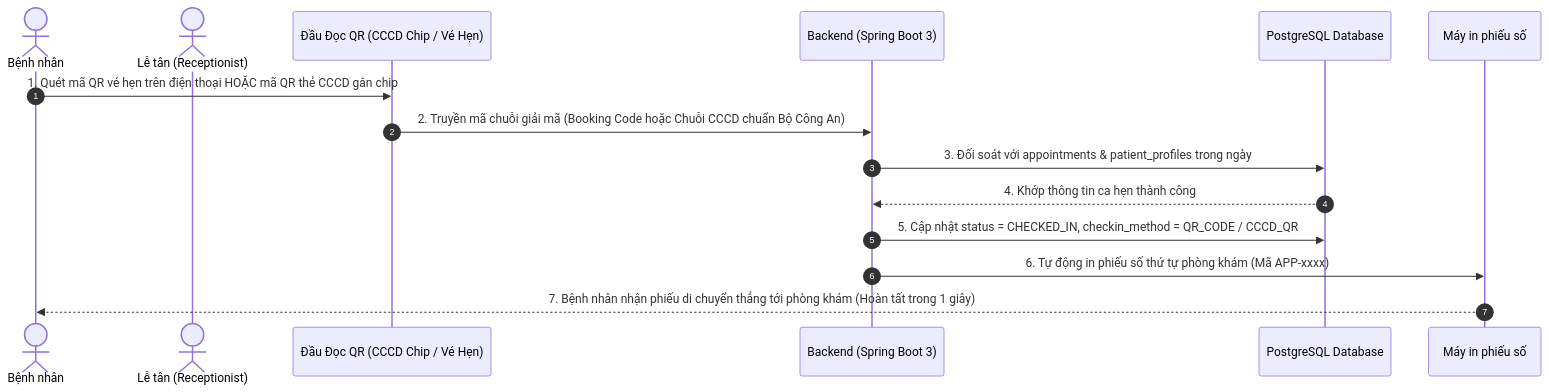
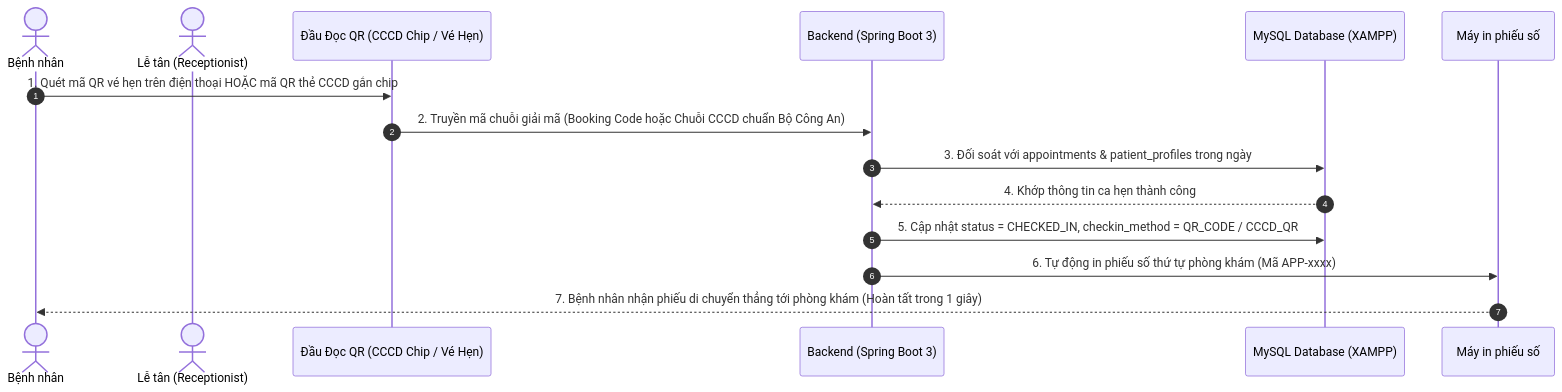
One commit to kietphuchau-create/KeHoach_Js2 changed the second of 3 diagrams in 03_Luong_Chinh/Luong_Nghiep_Vu_Chinh.md. Above: the diagram before and after it, drawn with Mermaid. The commit also changed other lines of this file and 29 other files, not shown here.

First line of the commit message:
Database MedSched 17 bảng - chạy thuần bằng XAMPP

````diff
--- a/03_Luong_Chinh/Luong_Nghiep_Vu_Chinh.md
+++ b/03_Luong_Chinh/Luong_Nghiep_Vu_Chinh.md
@@ -57,18 +57,18 @@
 ```mermaid
 sequenceDiagram
     autonumber
     actor P as Bệnh nhân
     actor R as Lễ tân (Receptionist)
     participant SCN as Đầu Đọc QR (CCCD Chip / Vé Hẹn)
     participant BE as Backend (Spring Boot 3)
-    participant DB as PostgreSQL Database
+    participant DB as MySQL Database (XAMPP)
     participant PRN as Máy in phiếu số
 
     P->>SCN: 1. Quét mã QR vé hẹn trên điện thoại HOẶC mã QR thẻ CCCD gắn chip
     SCN->>BE: 2. Truyền mã chuỗi giải mã (Booking Code hoặc Chuỗi CCCD chuẩn Bộ Công An)
     BE->>DB: 3. Đối soát với appointments & patient_profiles trong ngày
     DB-->>BE: 4. Khớp thông tin ca hẹn thành công
     BE->>DB: 5. Cập nhật status = CHECKED_IN, checkin_method = QR_CODE / CCCD_QR
     BE->>PRN: 6. Tự động in phiếu số thứ tự phòng khám (Mã APP-xxxx)
     PRN-->>P: 7. Bệnh nhân nhận phiếu di chuyển thẳng tới phòng khám (Hoàn tất trong 1 giây)
 ```
````
